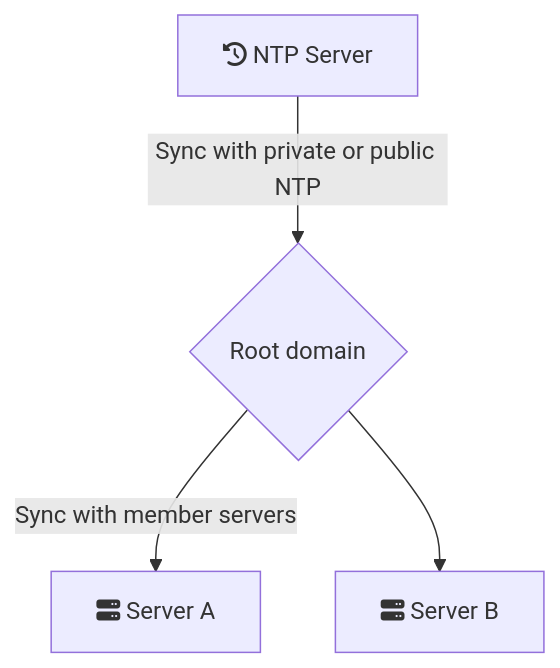
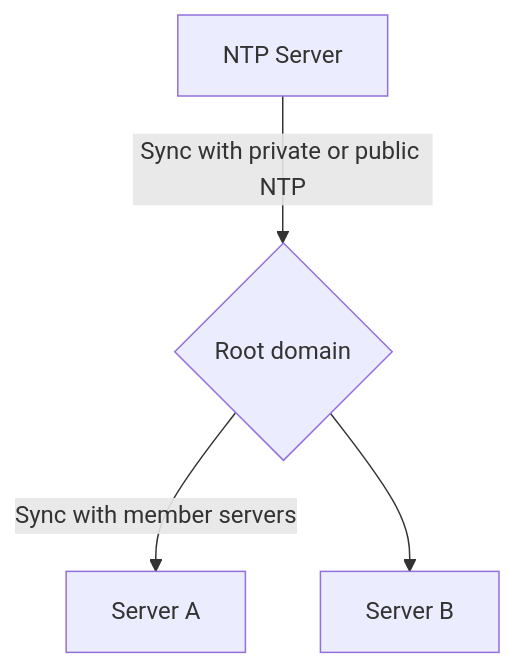
Before and after one commit to simonsavoca/active-directory: the first of 2 diagrams in configuration/time_synchronization.md, drawn with Mermaid. The commit also changed other lines of this file, not shown here.

````diff
--- a/configuration/time_synchronization.md
+++ b/configuration/time_synchronization.md
@@ -15,6 +15,6 @@
 ```mermaid
 graph TD;
-    NTP[fa:fa-history NTP Server] -->|Sync with private or public NTP| ForestDomain{Root domain}
-    ForestDomain -->|Sync with member servers|MemberRoot1[fa:fa-server Server A]
-    ForestDomain -->MemberRoot2[fa:fa-server Server B]
+    NTP[NTP Server] -->|Sync with private or public NTP| ForestDomain{Root domain}
+    ForestDomain -->|Sync with member servers|MemberRoot1[Server A]
+    ForestDomain -->MemberRoot2[Server B]
 ```
````
